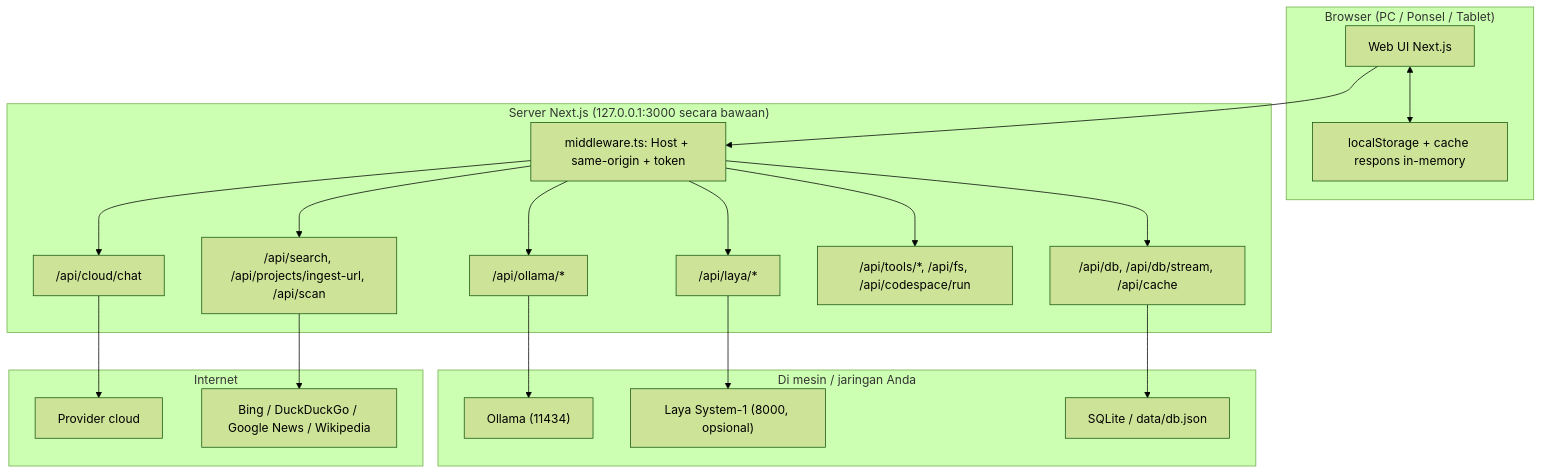
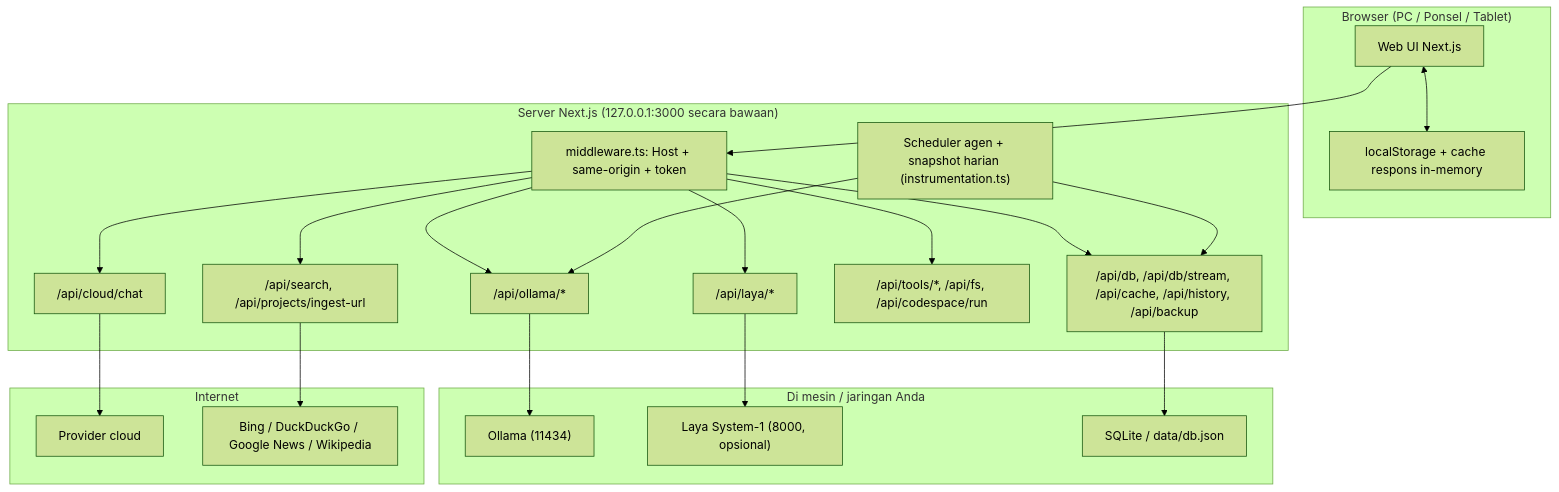
Before and after one commit to p3nr0s3/castalia: the diagram in DOCUMENTATION.md, drawn with Mermaid (forest theme). The commit also changed other lines of this file and 104 other files, not shown here.

Commit message:
Hardening, bug fixes, history search, snapshots, scheduler, PWA, docs

````diff
--- a/DOCUMENTATION.md
+++ b/DOCUMENTATION.md
@@ -54,37 +58,40 @@
 ```mermaid
 graph TD
     subgraph Klien ["Browser (PC / Ponsel / Tablet)"]
         UI["Web UI Next.js"]
         Local["localStorage + cache respons in-memory"]
     end
 
     subgraph Server ["Server Next.js (127.0.0.1:3000 secara bawaan)"]
         MW["middleware.ts: Host + same-origin + token"]
         OllamaProxy["/api/ollama/*"]
         LayaProxy["/api/laya/*"]
         Cloud["/api/cloud/chat"]
-        Search["/api/search, /api/projects/ingest-url, /api/scan"]
+        Search["/api/search, /api/projects/ingest-url"]
         Tools["/api/tools/*, /api/fs, /api/codespace/run"]
-        DB["/api/db, /api/db/stream, /api/cache"]
+        DB["/api/db, /api/db/stream, /api/cache, /api/history, /api/backup"]
+        Sched["Scheduler agen + snapshot harian (instrumentation.ts)"]
     end
 
     subgraph Backend ["Di mesin / jaringan Anda"]
         Ollama["Ollama (11434)"]
         Laya["Laya System-1 (8000, opsional)"]
         Disk["SQLite / data/db.json"]
     end
 
     subgraph Internet
         Providers["Provider cloud"]
         Web["Bing / DuckDuckGo / Google News / Wikipedia"]
     end
 
     UI --> MW
     MW --> OllamaProxy --> Ollama
     MW --> LayaProxy --> Laya
     MW --> Cloud --> Providers
     MW --> Search --> Web
     MW --> Tools
     MW --> DB --> Disk
+    Sched --> DB
+    Sched --> OllamaProxy
     UI <--> Local
 ```
````
